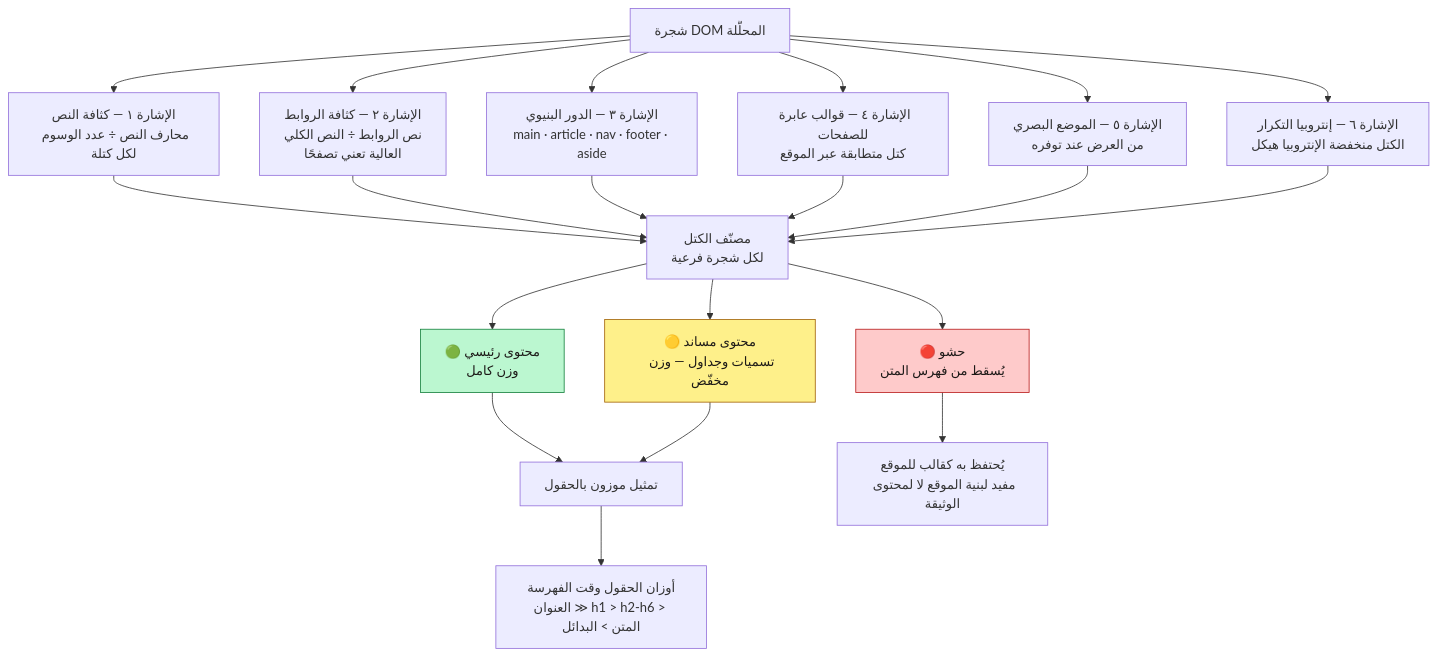
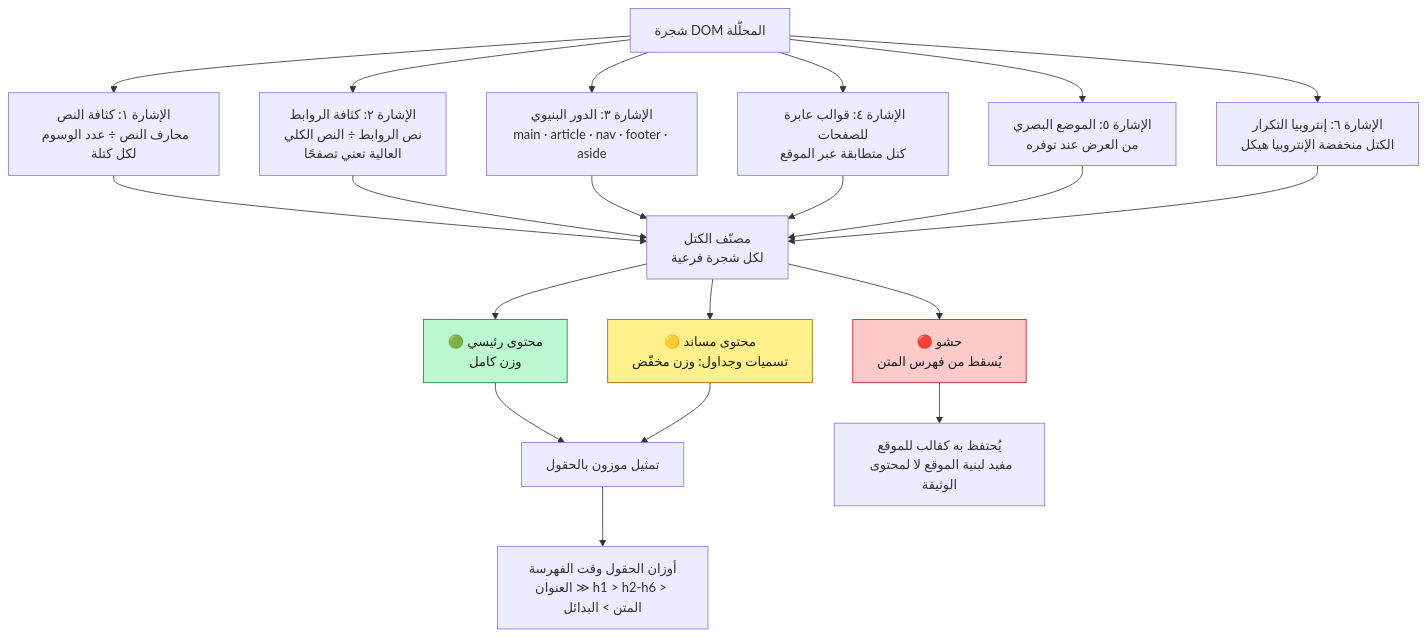
Before and after one commit to ahmedselimmansor-ctrl/google-search-system-design: the third of 6 diagrams in docs/ar/05-content-processing.md, drawn with Mermaid. The commit also changed other lines of this file and 89 other files, not shown here.

````diff
--- a/docs/ar/05-content-processing.md
+++ b/docs/ar/05-content-processing.md
@@ -137,30 +137,30 @@
 ```mermaid
 flowchart TB
     DOM["شجرة DOM المحلَّلة"]
 
-    DOM --> B1["الإشارة ١ — كثافة النص<br/>محارف النص ÷ عدد الوسوم لكل كتلة"]
-    DOM --> B2["الإشارة ٢ — كثافة الروابط<br/>نص الروابط ÷ النص الكلي<br/>العالية تعني تصفحًا"]
-    DOM --> B3["الإشارة ٣ — الدور البنيوي<br/>main · article · nav · footer · aside"]
-    DOM --> B4["الإشارة ٤ — قوالب عابرة للصفحات<br/>كتل متطابقة عبر الموقع"]
-    DOM --> B5["الإشارة ٥ — الموضع البصري<br/>من العرض عند توفره"]
-    DOM --> B6["الإشارة ٦ — إنتروبيا التكرار<br/>الكتل منخفضة الإنتروبيا هيكل"]
+    DOM --> B1["الإشارة ١: كثافة النص<br/>محارف النص ÷ عدد الوسوم لكل كتلة"]
+    DOM --> B2["الإشارة ٢: كثافة الروابط<br/>نص الروابط ÷ النص الكلي<br/>العالية تعني تصفحًا"]
+    DOM --> B3["الإشارة ٣: الدور البنيوي<br/>main · article · nav · footer · aside"]
+    DOM --> B4["الإشارة ٤: قوالب عابرة للصفحات<br/>كتل متطابقة عبر الموقع"]
+    DOM --> B5["الإشارة ٥: الموضع البصري<br/>من العرض عند توفره"]
+    DOM --> B6["الإشارة ٦: إنتروبيا التكرار<br/>الكتل منخفضة الإنتروبيا هيكل"]
 
     B1 & B2 & B3 & B4 & B5 & B6 --> CLS["مصنّف الكتل<br/>لكل شجرة فرعية"]
 
     CLS --> MAIN["🟢 محتوى رئيسي<br/>وزن كامل"]
-    CLS --> SUPP["🟡 محتوى مساند<br/>تسميات وجداول — وزن مخفّض"]
+    CLS --> SUPP["🟡 محتوى مساند<br/>تسميات وجداول: وزن مخفّض"]
     CLS --> CHROME["🔴 حشو<br/>يُسقط من فهرس المتن"]
 
     MAIN --> FIELDS["تمثيل موزون بالحقول"]
     SUPP --> FIELDS
     CHROME --> SITE["يُحتفظ به كقالب للموقع<br/>مفيد لبنية الموقع لا لمحتوى الوثيقة"]
 
     FIELDS --> W["أوزان الحقول وقت الفهرسة<br/>العنوان ≫ h1 > h2-h6 > المتن > البدائل"]
 
     classDef good fill:#bbf7d0,stroke:#15803d,color:#1c1917
     classDef mid fill:#fef08a,stroke:#a16207,color:#1c1917
     classDef drop fill:#fecaca,stroke:#b91c1c,color:#1c1917
     class MAIN good
     class SUPP mid
     class CHROME drop
 ```
````
